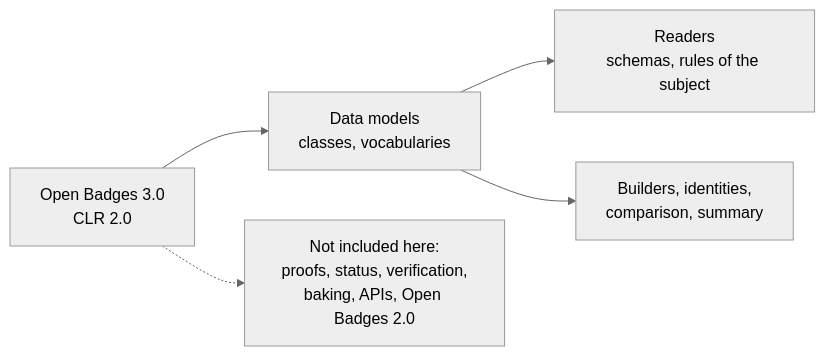
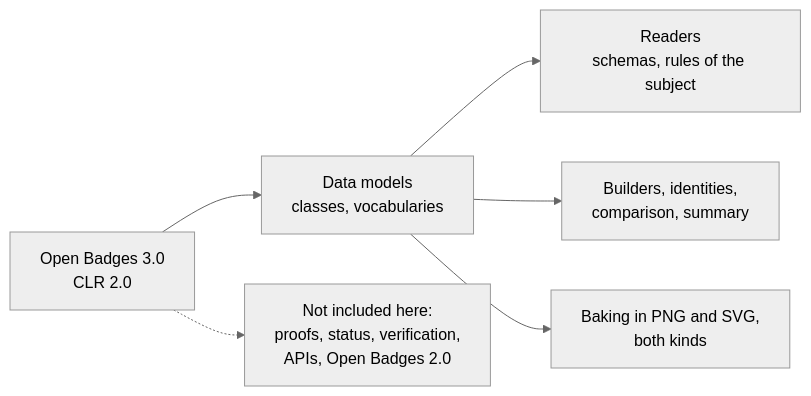
The diagram in docs/achievement-credentials/supported.md (interopkit/interopkit), drawn with Mermaid (neutral theme) before and after one commit. The commit also changed other lines of this file and 37 other files, not shown here.

First line of the commit message:
Add baking to achievement-credentials: credentials in PNG and SVG images

````diff
--- a/docs/achievement-credentials/supported.md
+++ b/docs/achievement-credentials/supported.md
@@ -6,7 +6,8 @@
 ```mermaid
 flowchart LR
   spec["Open Badges 3.0<br/>CLR 2.0"] --> model["Data models<br/>classes, vocabularies"]
   model --> read["Readers<br/>schemas, rules of the subject"]
   model --> issue["Builders, identities,<br/>comparison, summary"]
-  spec -.-> outside["Not included here:<br/>proofs, status, verification,<br/>baking, APIs, Open Badges 2.0"]
+  model --> baking["Baking in PNG and SVG,<br/>both kinds"]
+  spec -.-> outside["Not included here:<br/>proofs, status, verification,<br/>APIs, Open Badges 2.0"]
 ```
````
